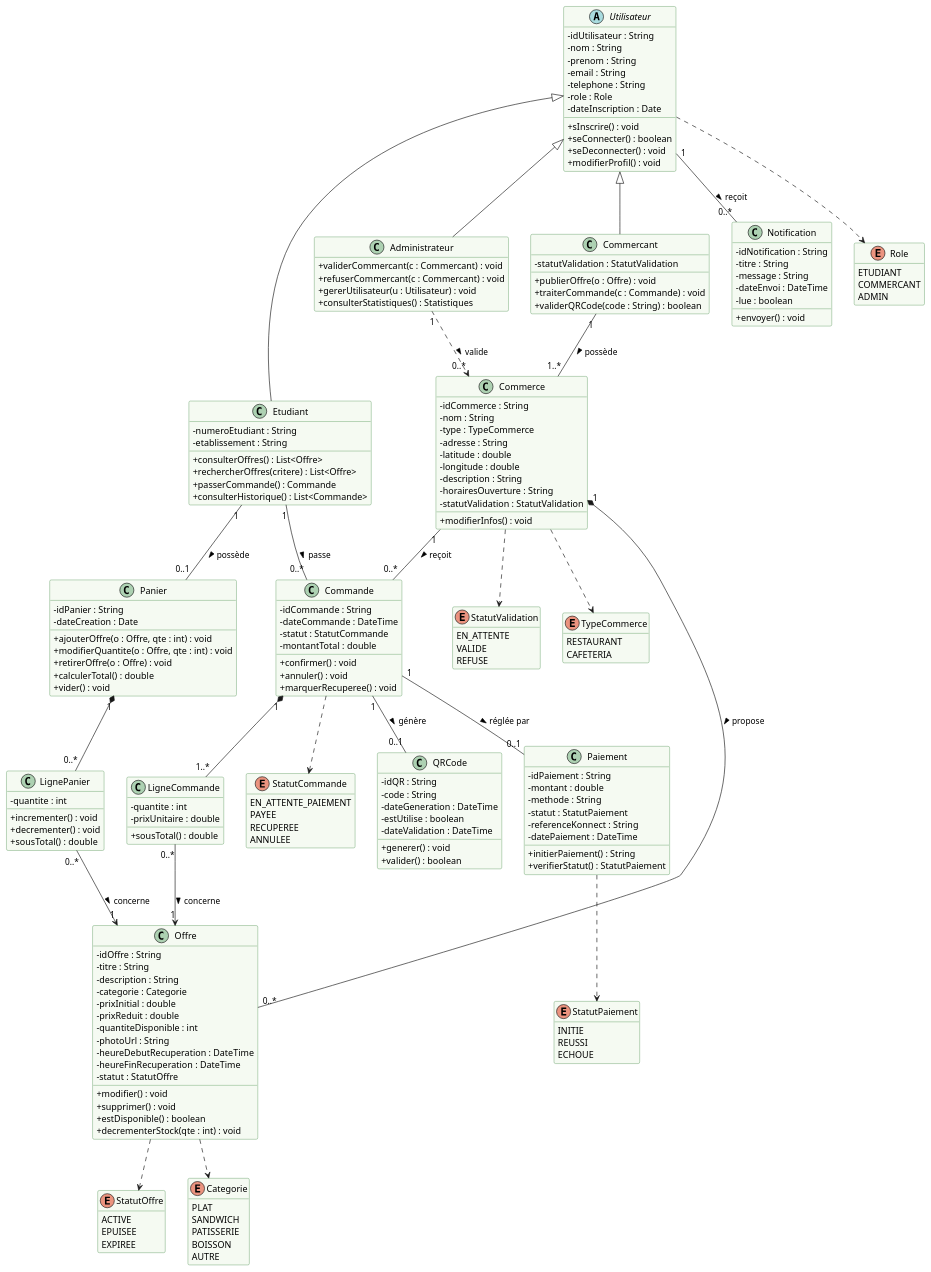
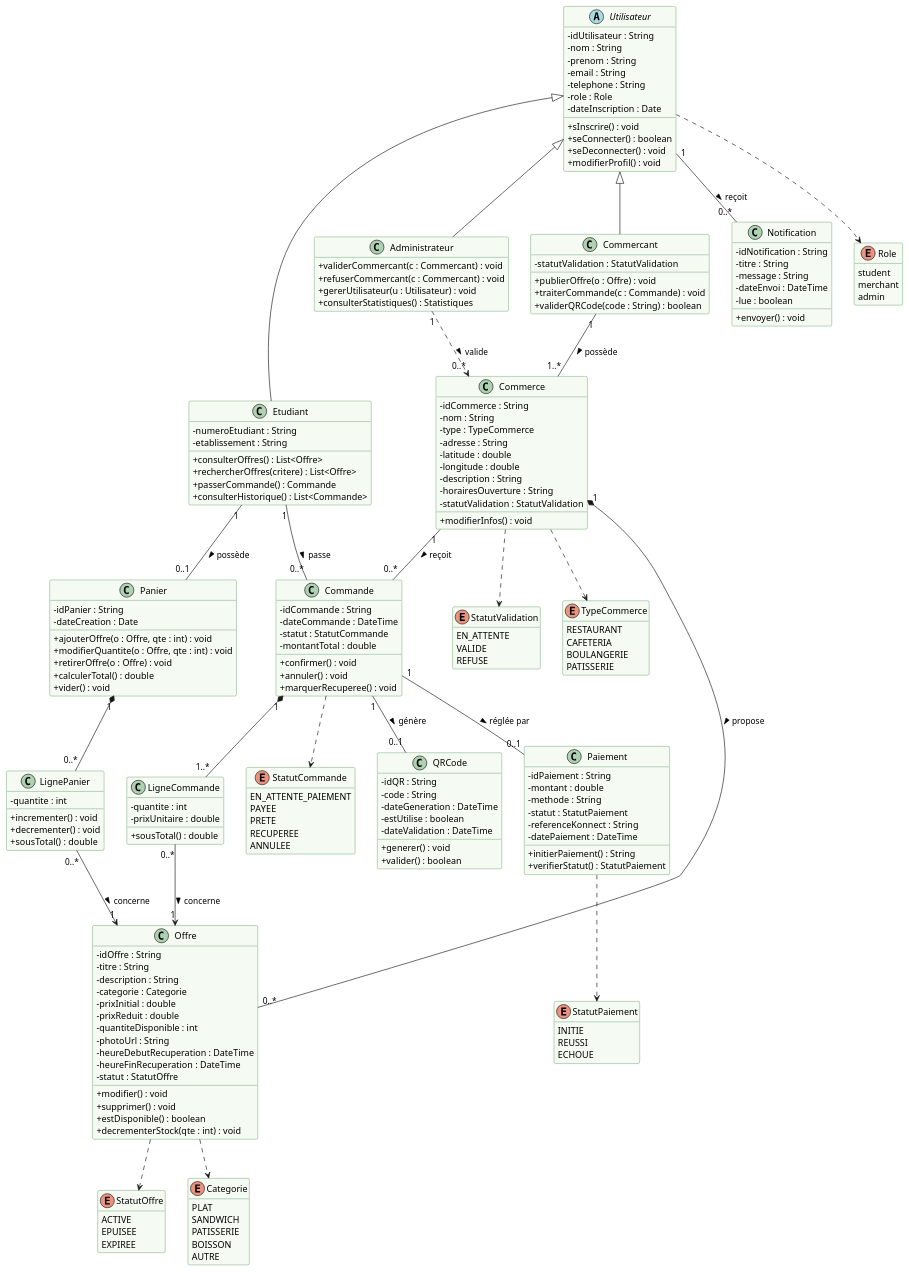
Before and after one commit to RanimObaia/CAMPUSSAVE: the diagram in docs/uml/classes.puml, drawn with PlantUML. The commit also changed 10 other files, not shown here.

First line of the commit message:
Alignement code et diagramme de classes (retours de Ranim)

```diff
--- a/docs/uml/classes.puml
+++ b/docs/uml/classes.puml
@@ -139,13 +139,15 @@
 }
 
 enum Role {
-  ETUDIANT
-  COMMERCANT
-  ADMIN
+  student
+  merchant
+  admin
 }
 enum TypeCommerce {
   RESTAURANT
   CAFETERIA
+  BOULANGERIE
+  PATISSERIE
 }
 enum StatutValidation {
   EN_ATTENTE
@@ -160,6 +162,7 @@
 enum StatutCommande {
   EN_ATTENTE_PAIEMENT
   PAYEE
+  PRETE
   RECUPEREE
   ANNULEE
 }
```
